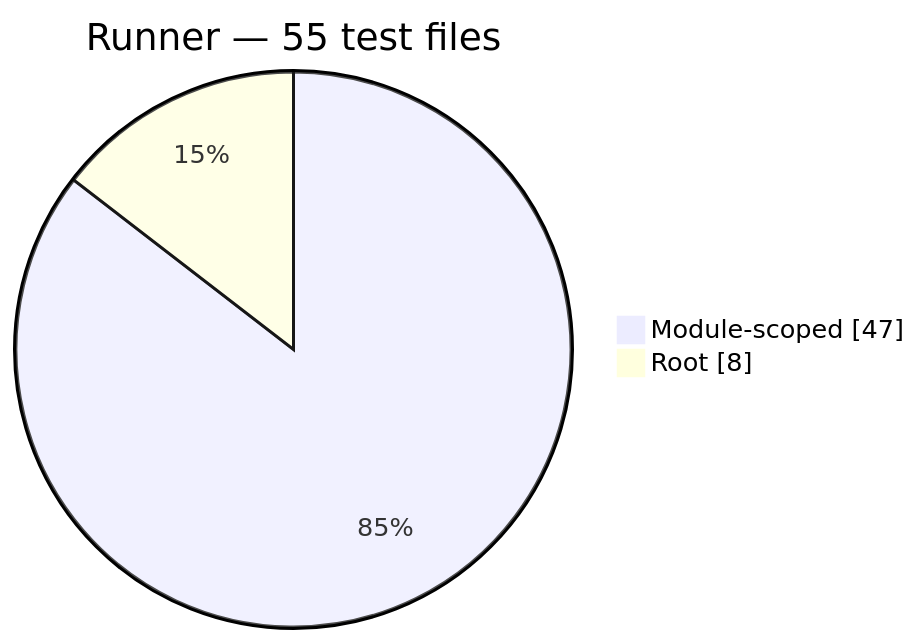
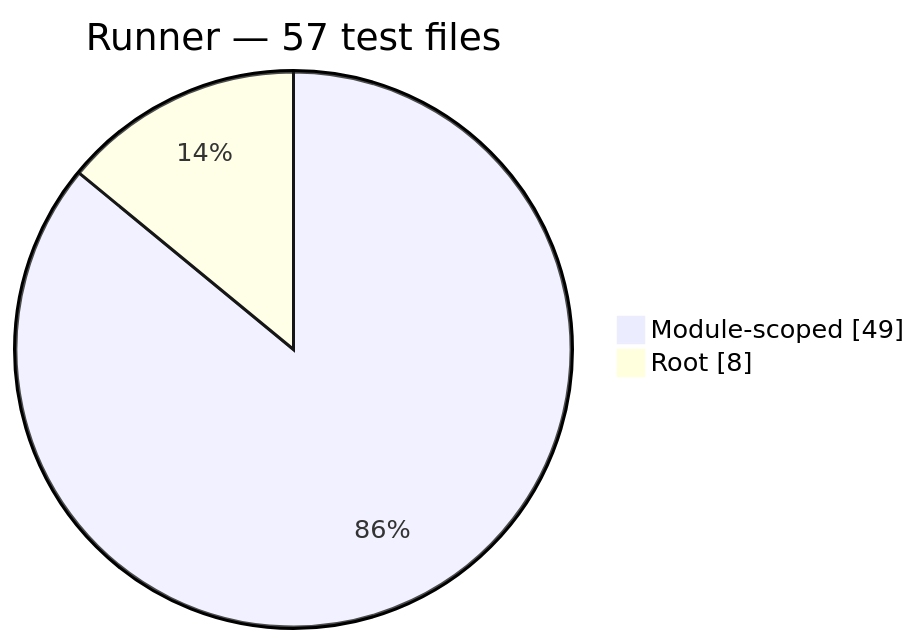
Before and after one commit to PHP-Arazzo/php-arazzo: the seventh of 13 diagrams in docs/generated/test-composition.md, drawn with Mermaid. The commit also changed other lines of this file and 43 other files, not shown here.

````diff
--- a/docs/generated/test-composition.md
+++ b/docs/generated/test-composition.md
@@ -102,6 +102,6 @@
 ```mermaid
 pie showData
-    title Runner — 55 test files
-    "Module-scoped": 47
+    title Runner — 57 test files
+    "Module-scoped": 49
     "Root": 8
 ```
````
